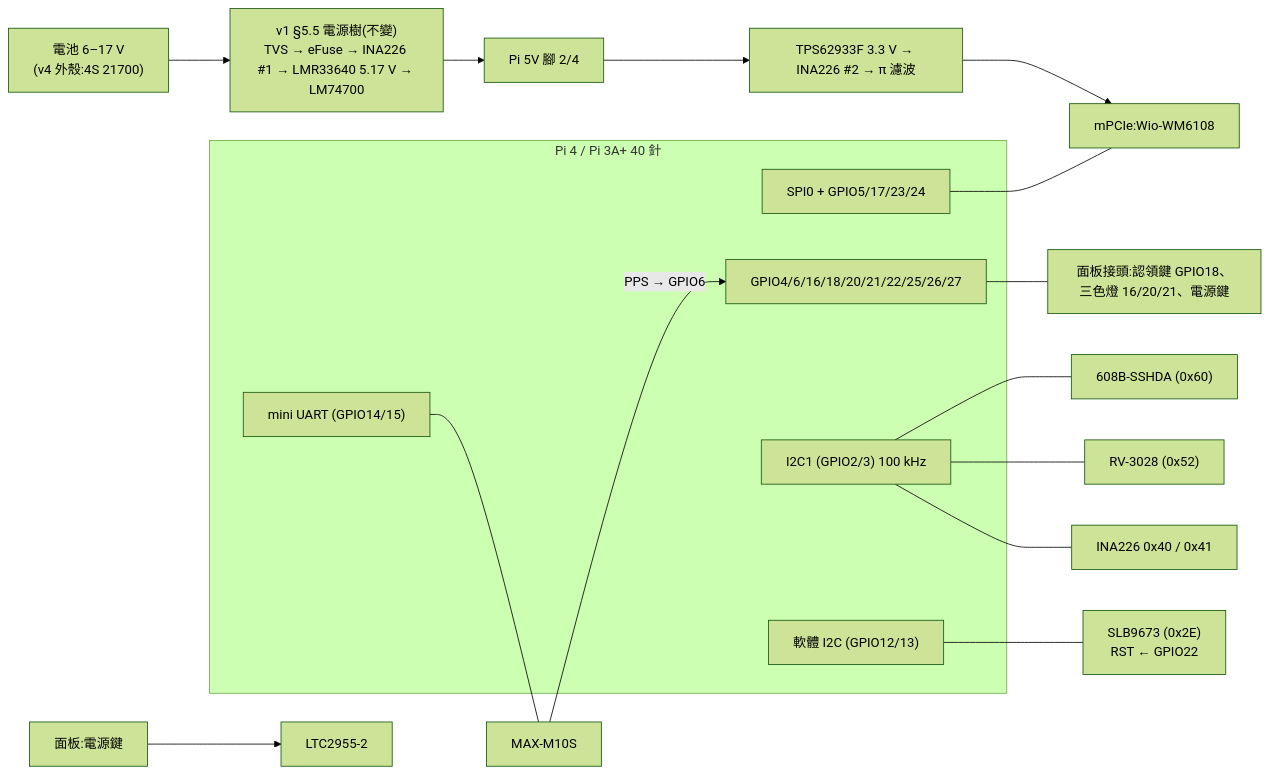
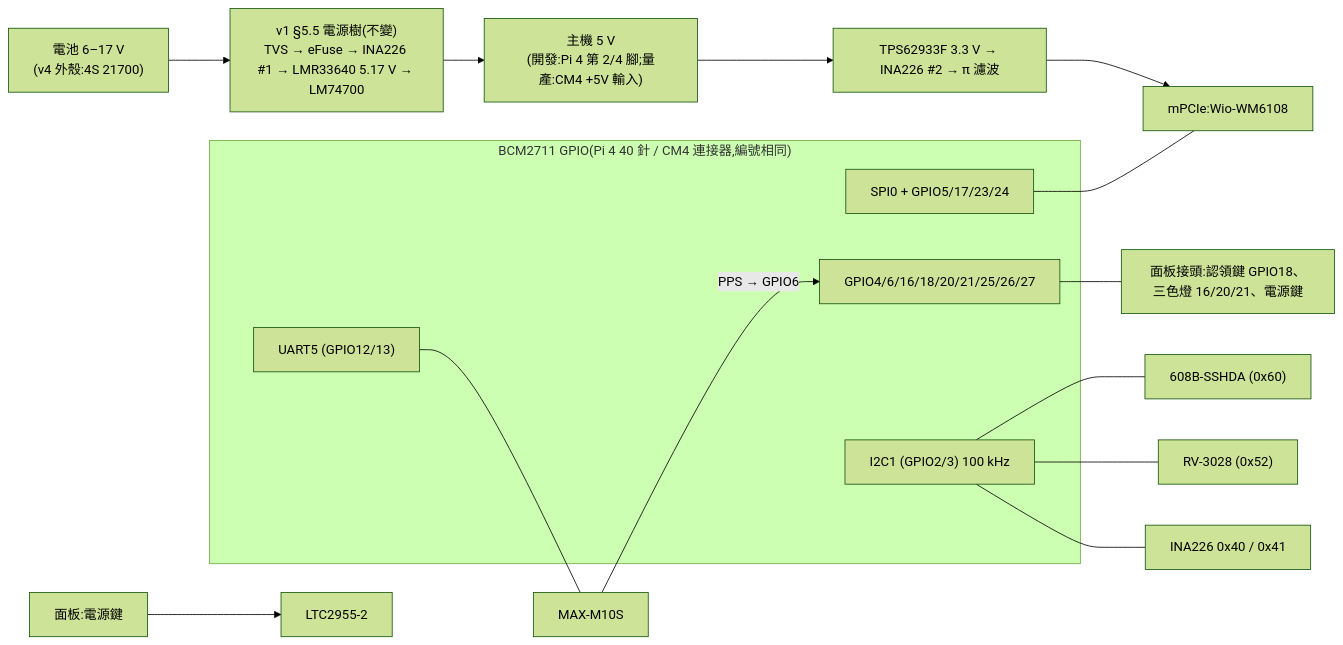
Before and after one commit to winson3QQ/Batman: the diagram in docs/design/hat-v2-spec.md, drawn with Mermaid (forest theme). The commit also changed other lines of this file, not shown here.

First line of the commit message:
docs(#227): HAT v2 spec v0.8 — drop TPM, production and civil on CM4, HAT ports to a CM4 carrier

````diff
--- a/docs/design/hat-v2-spec.md
+++ b/docs/design/hat-v2-spec.md
@@ -70,22 +82,20 @@
 ```mermaid
 flowchart LR
   BAT["電池 6–17 V<br/>(v4 外殼:4S 21700)"] --> PWR["v1 §5.5 電源樹(不變)<br/>TVS → eFuse → INA226 #1 → LMR33640 5.17 V → LM74700"]
-  PWR --> PI5V["Pi 5V 腳 2/4"]
-  PI5V --> BUCK33["TPS62933F 3.3 V → INA226 #2 → π 濾波"] --> MPCIE["mPCIe:Wio-WM6108"]
+  PWR --> HOST5V["主機 5 V<br/>(開發:Pi 4 第 2/4 腳;量產:CM4 +5V 輸入)"]
+  HOST5V --> BUCK33["TPS62933F 3.3 V → INA226 #2 → π 濾波"] --> MPCIE["mPCIe:Wio-WM6108"]
   PB["面板:電源鍵"] --> LTC["LTC2955-2"]
-  subgraph PI["Pi 4 / Pi 3A+ 40 針"]
+  subgraph HOST["BCM2711 GPIO(Pi 4 40 針 / CM4 連接器,編號相同)"]
     SPI0["SPI0 + GPIO5/17/23/24"]
     I2C1["I2C1 (GPIO2/3) 100 kHz"]
-    MU["mini UART (GPIO14/15)"]
-    G["GPIO4/6/16/18/20/21/22/25/26/27"]
-    SW["軟體 I2C (GPIO12/13)"]
+    U5["UART5 (GPIO12/13)"]
+    G["GPIO4/6/16/18/20/21/25/26/27"]
   end
   SPI0 --- MPCIE
-  SW --- TPM["SLB9673 (0x2E)<br/>RST ← GPIO22"]
   I2C1 --- SE["608B-SSHDA (0x60)"]
   I2C1 --- RTC["RV-3028 (0x52)"]
   I2C1 --- INA["INA226 0x40 / 0x41"]
-  MU --- GNSS["MAX-M10S"]
+  U5 --- GNSS["MAX-M10S"]
   GNSS -->|PPS → GPIO6| G
   G --- PANEL["面板接頭:認領鍵 GPIO18、三色燈 16/20/21、電源鍵"]
 ```
````
